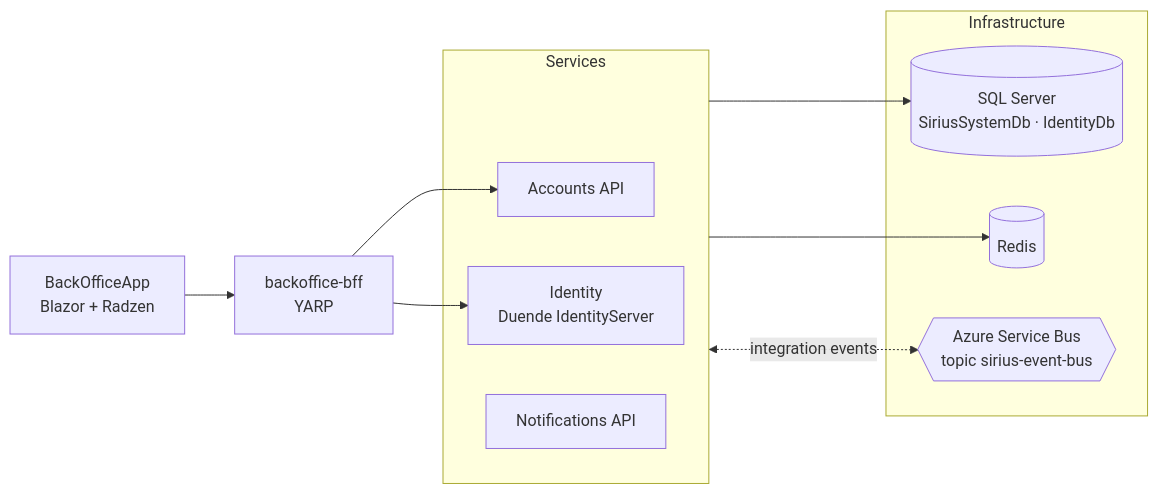
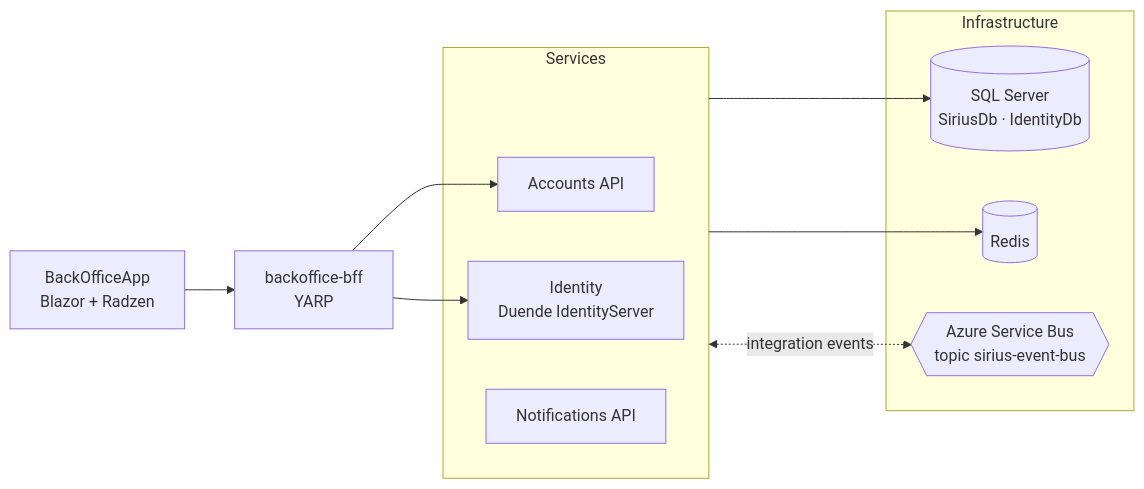
Before and after one commit to miquelalcaraz/Labs.ServicePlatform: the first of 2 diagrams in README.md, drawn with Mermaid. The commit also changed other lines of this file and 12 other files, not shown here.

````diff
--- a/README.md
+++ b/README.md
@@ -28,20 +28,20 @@
 ```mermaid
 flowchart LR
     BO[BackOfficeApp<br/>Blazor + Radzen] --> BFF[backoffice-bff<br/>YARP]
 
     subgraph Services
         Accounts[Accounts API]
         Identity[Identity<br/>Duende IdentityServer]
         Notifications[Notifications API]
     end
 
     subgraph Infrastructure
-        SQL[("SQL Server<br/>SiriusSystemDb · IdentityDb")]
+        SQL[("SQL Server<br/>SiriusDb · IdentityDb")]
         Redis[(Redis)]
         Bus{{"Azure Service Bus<br/>topic sirius-event-bus"}}
     end
 
     BFF --> Accounts & Identity
     Services --> SQL & Redis
     Services <-. integration events .-> Bus
 ```
````
